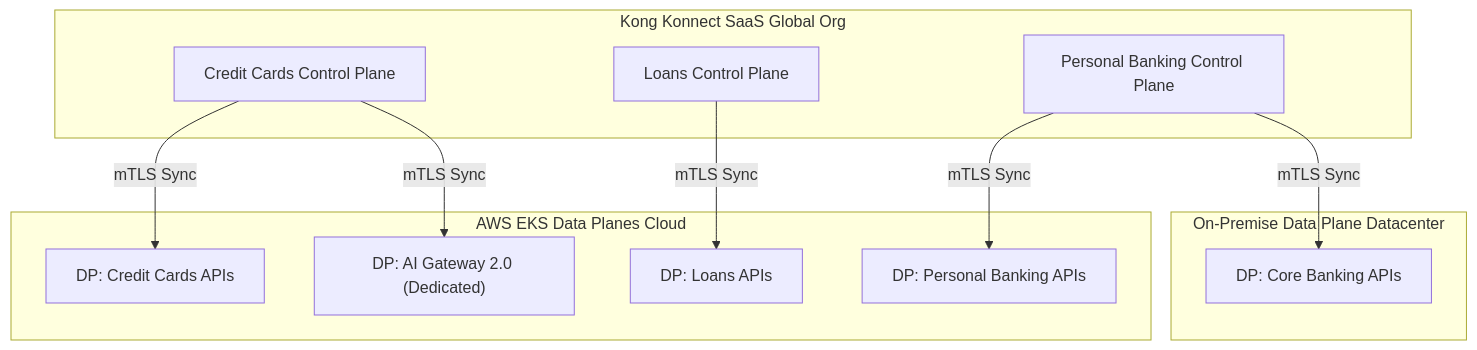
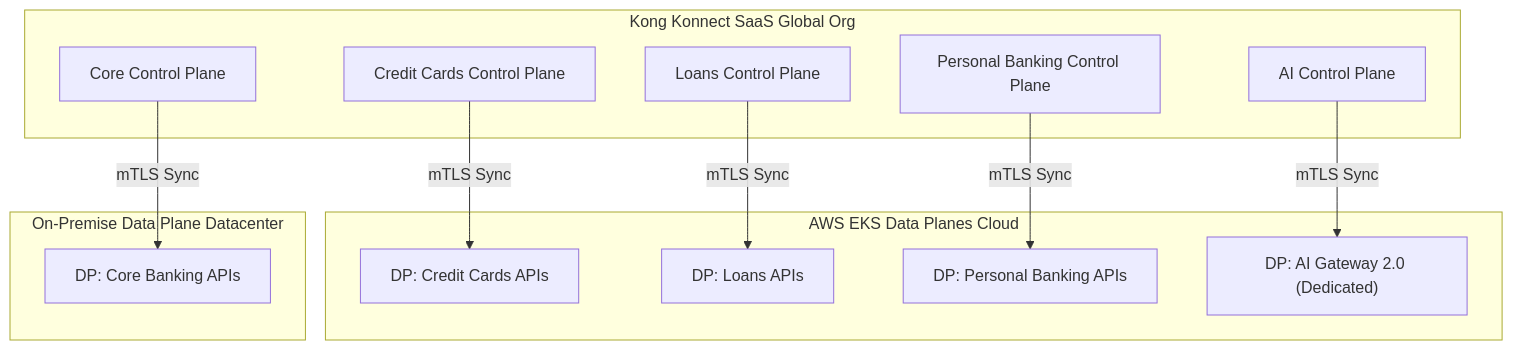
The diagram in Day2_Implementation/media/cp_dp_topology.mmd (rzengin/Kong-Bootcamp-Case1-Fintech), drawn with Mermaid before and after one commit.

Commit message:
Correct cp_dp_topology diagram to include all 5 Control Planes and their respective 1:1 Data Plane mapping

```diff
--- a/Day2_Implementation/media/cp_dp_topology.mmd
+++ b/Day2_Implementation/media/cp_dp_topology.mmd
@@ -1,27 +1,29 @@
 flowchart TD
     %% Kong Konnect SaaS (Control Planes)
     subgraph CP [Kong Konnect SaaS Global Org]
         CP1["Credit Cards Control Plane"]
         CP2["Loans Control Plane"]
         CP3["Personal Banking Control Plane"]
+        CP4["Core Control Plane"]
+        CP5["AI Control Plane"]
     end
 
     %% Kubernetes Data Planes (AWS EKS)
     subgraph KDP_EKS [AWS EKS Data Planes Cloud]
         DP_CC["DP: Credit Cards APIs"]
         DP_Loans["DP: Loans APIs"]
         DP_PB["DP: Personal Banking APIs"]
         DP_AI["DP: AI Gateway 2.0 (Dedicated)"]
     end
 
     %% On-Premise Data Plane (Legacy Core)
     subgraph KDP_OnPrem [On-Premise Data Plane Datacenter]
         DP_Core["DP: Core Banking APIs"]
     end
 
     %% Relationships (Konnect CP to Hybrid DPs)
     CP1 -->|mTLS Sync| DP_CC
-    CP1 -->|mTLS Sync| DP_AI
     CP2 -->|mTLS Sync| DP_Loans
     CP3 -->|mTLS Sync| DP_PB
-    CP3 -->|mTLS Sync| DP_Core
+    CP4 -->|mTLS Sync| DP_Core
+    CP5 -->|mTLS Sync| DP_AI
```
